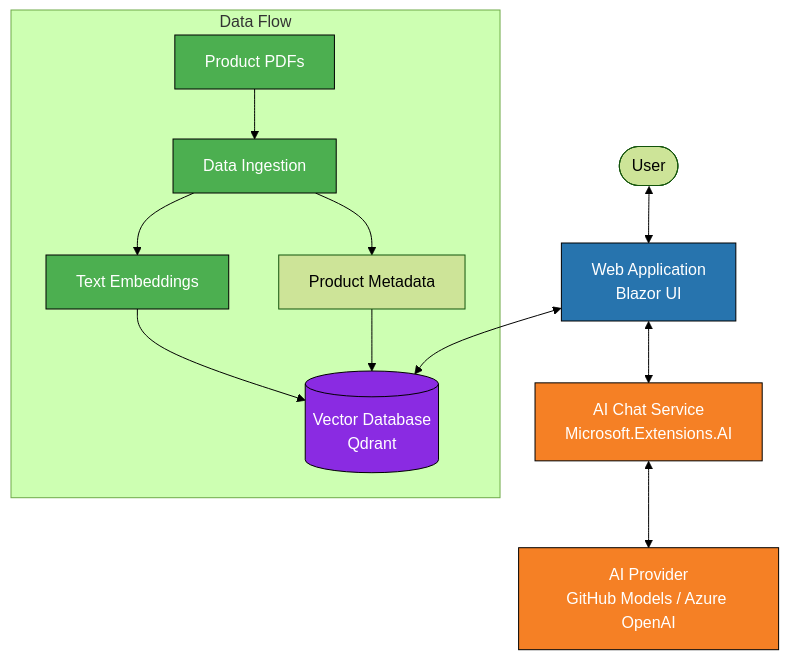
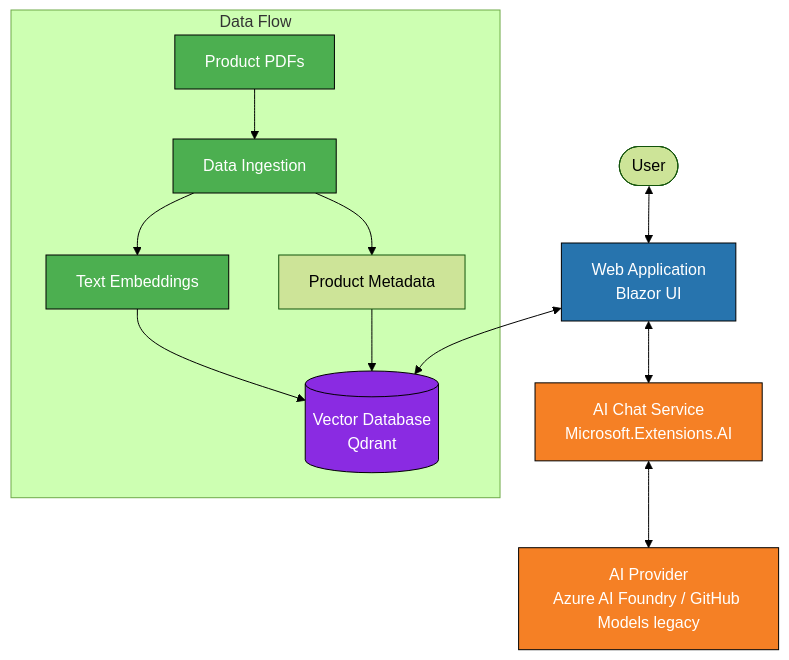
Before and after one commit to dotnet-presentations/ai-workshop: the first of 3 diagrams in README.md, drawn with Mermaid (forest theme). The commit also changed other lines of this file and 7 other files, not shown here.

First line of the commit message:
Make Azure AI Foundry the primary AI provider across Parts 1-6 (#492) (#498)

````diff
--- a/README.md
+++ b/README.md
@@ -43,25 +43,25 @@
 ```mermaid
 flowchart TD
     User([User]) <--> WebApp[Web Application<br>Blazor UI]
     WebApp <--> VectorDB[(Vector Database<br>Qdrant)]
     WebApp <--> AIChatService[AI Chat Service<br>Microsoft.Extensions.AI]
-    AIChatService <--> AIProvider[AI Provider<br>GitHub Models / Azure OpenAI]
+    AIChatService <--> AIProvider[AI Provider<br>Azure AI Foundry / GitHub Models legacy]
     
     subgraph Data Flow
         PDFs[Product PDFs] --> Ingestion[Data Ingestion]
         Ingestion --> Embeddings[Text Embeddings]
         Ingestion --> ProductData[Product Metadata]
         Embeddings --> VectorDB
         ProductData --> VectorDB
     end
     
     classDef webapp fill:#2774AE,stroke:#000,color:#fff
     classDef aiservice fill:#F58025,stroke:#000,color:#fff
     classDef database fill:#8A2BE2,stroke:#000,color:#fff
     classDef dataflow fill:#4CAF50,stroke:#000,color:#fff
     
     class WebApp webapp
     class AIChatService,AIProvider aiservice
     class VectorDB,ProductDB database
     class PDFs,Ingestion,Embeddings dataflow
 ```
````
